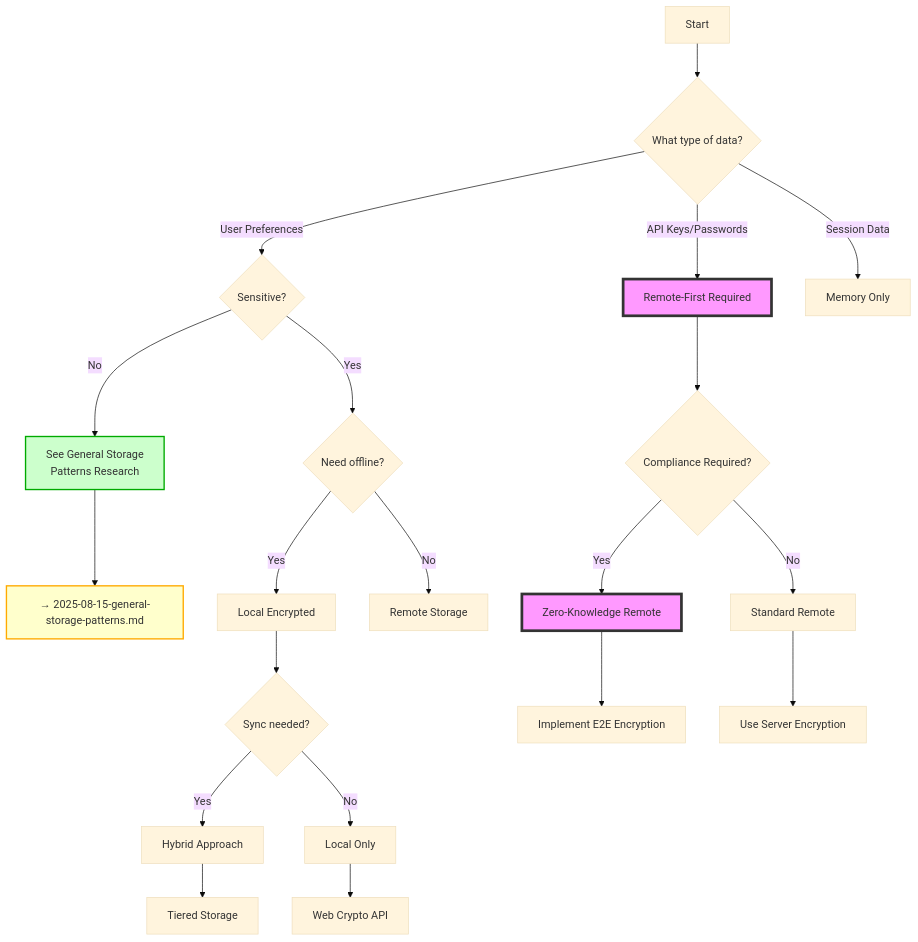
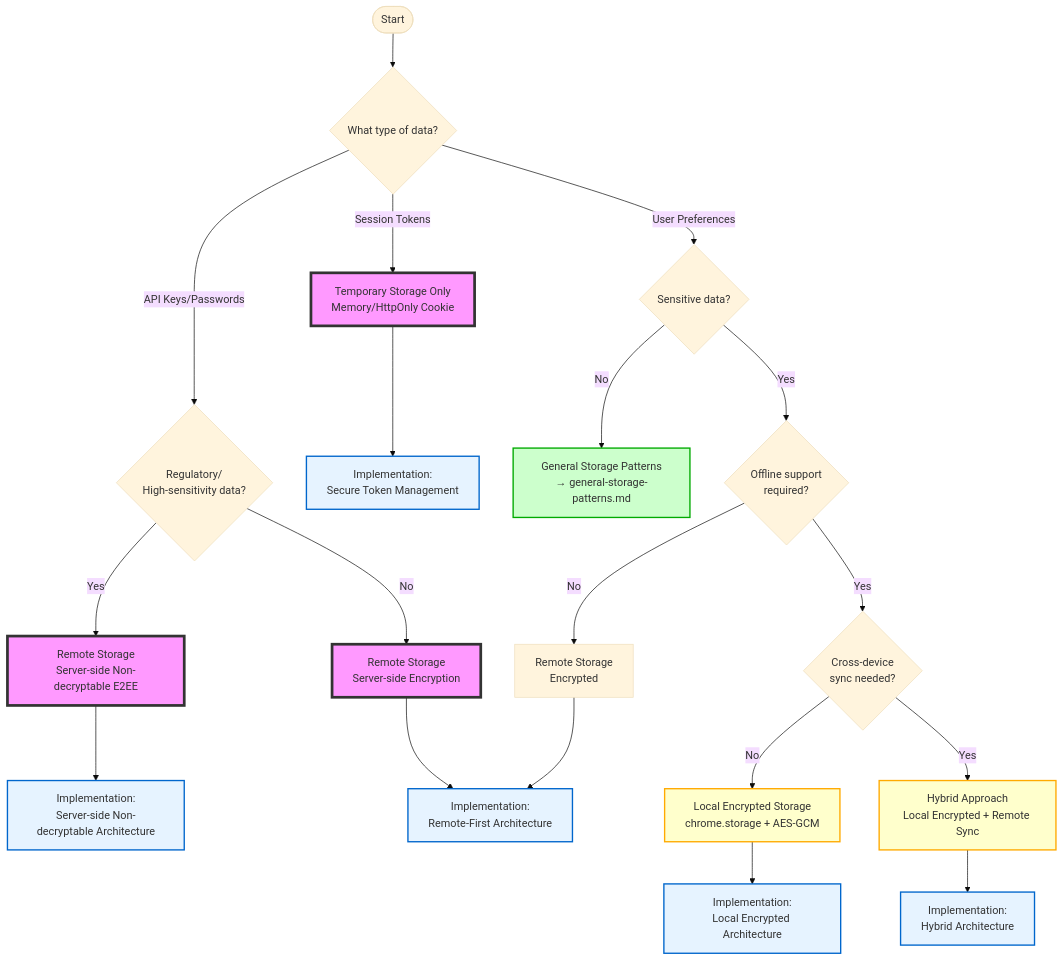
The fourth of 4 diagrams in docs/architecture/researches/2025-08-15-secure-storage-patterns.md (White-Rabbit-Lab/browser-extension), drawn with Mermaid before and after one commit. The commit also changed other lines of this file and 1 other file, not shown here.

First line of the commit message:
docs(architecture): verify storage research references and technical accuracy

````diff
--- a/docs/architecture/researches/2025-08-15-secure-storage-patterns.md
+++ b/docs/architecture/researches/2025-08-15-secure-storage-patterns.md
@@ -802,34 +825,43 @@
 ```mermaid
 %%{init: {'theme': 'base'} }%%
 graph TD
-    A[Start] --> B{What type of data?}
-    B -->|API Keys/Passwords| C[Remote-First Required]
-    B -->|User Preferences| D{Sensitive?}
-    B -->|Session Data| E[Memory Only]
+    Start([Start]) --> DataType{What type of data?}
 
-    D -->|No| R[See General Storage<br/>Patterns Research]
-    D -->|Yes| F{Need offline?}
+    %% API keys and passwords must always be isolated from client-side
+    DataType -->|API Keys/Passwords| Compliance{Regulatory/<br/>High-sensitivity data?}
+    Compliance -->|Yes| ZKRemote[Remote Storage<br/>Server-side Non-decryptable E2EE]
+    Compliance -->|No| EncryptedRemote[Remote Storage<br/>Server-side Encryption]
 
-    R --> S[→ 2025-08-15-general-storage-patterns.md]
+    %% Session tokens should never be persisted, memory only
+    DataType -->|Session Tokens| Ephemeral[Temporary Storage Only<br/>Memory/HttpOnly Cookie]
 
-    F -->|Yes| G[Local Encrypted]
-    F -->|No| H[Remote Storage]
+    %% User preferences
+    DataType -->|User Preferences| SensitivePref{Sensitive data?}
+    SensitivePref -->|No| General[General Storage Patterns<br/>→ general-storage-patterns.md]
+    SensitivePref -->|Yes| NeedOffline{Offline support<br/>required?}
 
-    C --> I{Compliance Required?}
-    I -->|Yes| J[Zero-Knowledge Remote]
-    I -->|No| K[Standard Remote]
+    NeedOffline -->|No| RemotePref[Remote Storage<br/>Encrypted]
+    NeedOffline -->|Yes| NeedSync{Cross-device<br/>sync needed?}
 
-    G --> L{Sync needed?}
-    L -->|Yes| M[Hybrid Approach]
-    L -->|No| N[Local Only]
+    NeedSync -->|No| LocalEnc[Local Encrypted Storage<br/>chrome.storage + AES-GCM]
+    NeedSync -->|Yes| Hybrid[Hybrid Approach<br/>Local Encrypted + Remote Sync]
 
-    J --> O[Implement E2E Encryption]
-    K --> P[Use Server Encryption]
-    M --> Q[Tiered Storage]
-    N --> T[Web Crypto API]
+    %% Connection to implementation strategies
+    ZKRemote --> ImplZK[Implementation:<br/>Server-side Non-decryptable Architecture]
+    EncryptedRemote --> ImplRemote[Implementation:<br/>Remote-First Architecture]
+    Ephemeral --> ImplToken[Implementation:<br/>Secure Token Management]
+    RemotePref --> ImplRemote
+    LocalEnc --> ImplLocal[Implementation:<br/>Local Encrypted Architecture]
+    Hybrid --> ImplHybrid[Implementation:<br/>Hybrid Architecture]
 
-    style C fill:#f9f,stroke:#333,stroke-width:4px
-    style J fill:#f9f,stroke:#333,stroke-width:4px
-    style R fill:#ccffcc,stroke:#00aa00,stroke-width:2px
-    style S fill:#ffffcc,stroke:#ffaa00,stroke-width:2px
+    %% Style definitions to highlight critical data nodes
+    classDef critical fill:#f9f,stroke:#333,stroke-width:4px;
+    classDef caution fill:#ffffcc,stroke:#ffaa00,stroke-width:2px;
+    classDef safe fill:#ccffcc,stroke:#00aa00,stroke-width:2px;
+    classDef impl fill:#e6f3ff,stroke:#0066cc,stroke-width:2px;
+
+    class ZKRemote,EncryptedRemote,Ephemeral critical;
+    class LocalEnc,Hybrid caution;
+    class General safe;
+    class ImplZK,ImplRemote,ImplToken,ImplLocal,ImplHybrid impl;
 ```
````
